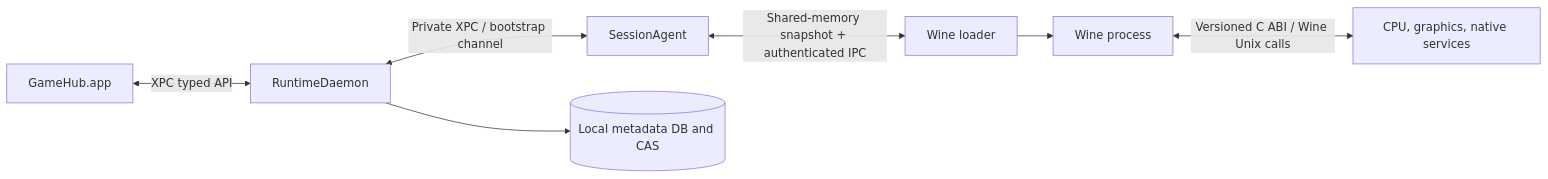
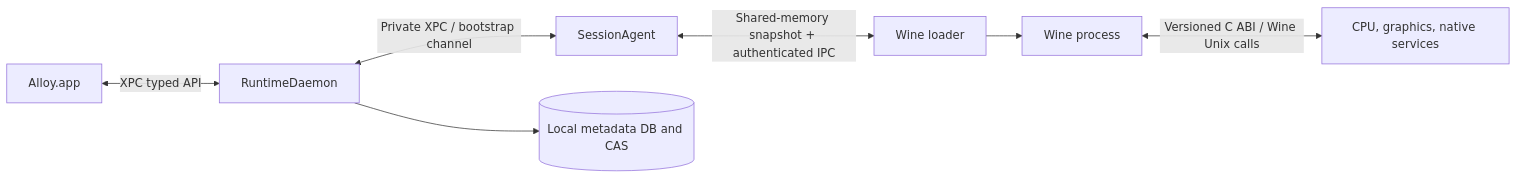
Before and after one commit to cleverClosure/Alloy: the diagram in docs/docs/06_API_AND_DATA_CONTRACTS.md, drawn with Mermaid. The commit also changed other lines of this file and 42 other files, not shown here.

````diff
--- a/docs/docs/06_API_AND_DATA_CONTRACTS.md
+++ b/docs/docs/06_API_AND_DATA_CONTRACTS.md
@@ -43,9 +43,9 @@
 ```mermaid
 flowchart LR
-    UI[GameHub.app] <-->|XPC typed API| Daemon[RuntimeDaemon]
+    UI[Alloy.app] <-->|XPC typed API| Daemon[RuntimeDaemon]
     Daemon <-->|Private XPC / bootstrap channel| Agent[SessionAgent]
     Agent <-->|Shared-memory snapshot + authenticated IPC| Loader[Wine loader]
     Loader --> Wine[Wine process]
     Wine <-->|Versioned C ABI / Wine Unix calls| Providers[CPU, graphics, native services]
     Daemon --> Store[(Local metadata DB and CAS)]
 ```
````
